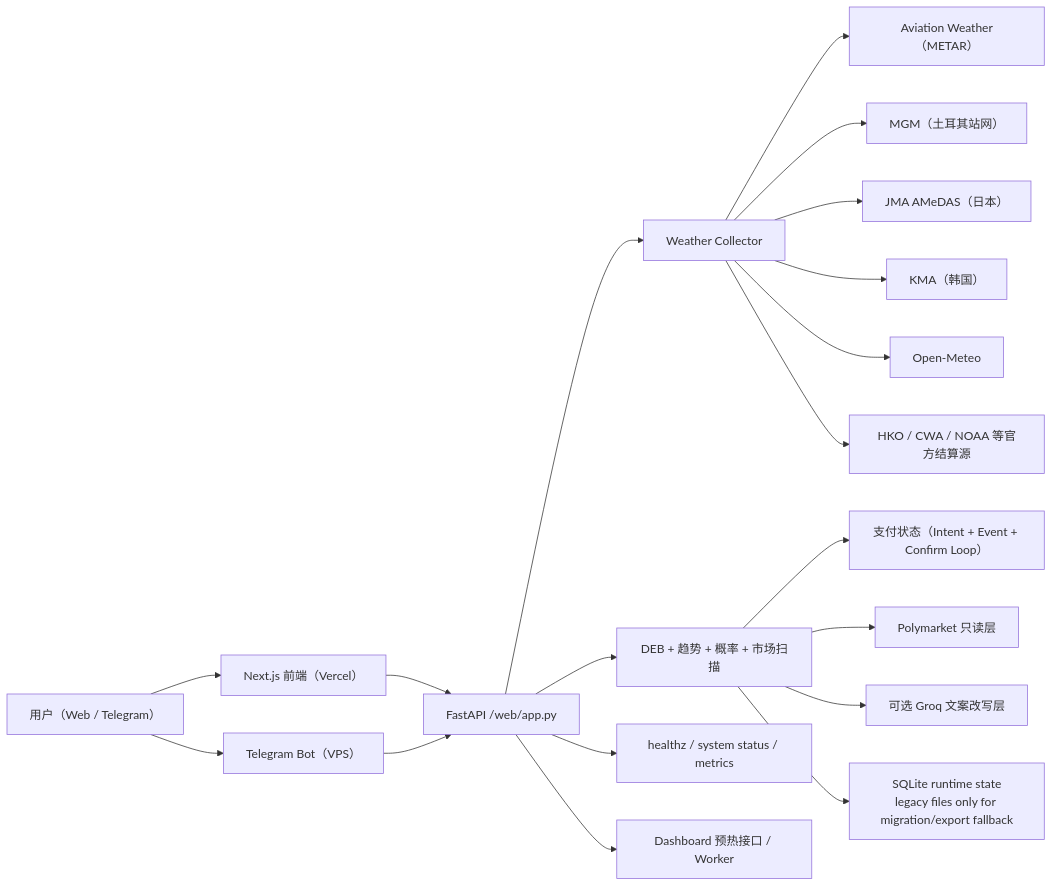
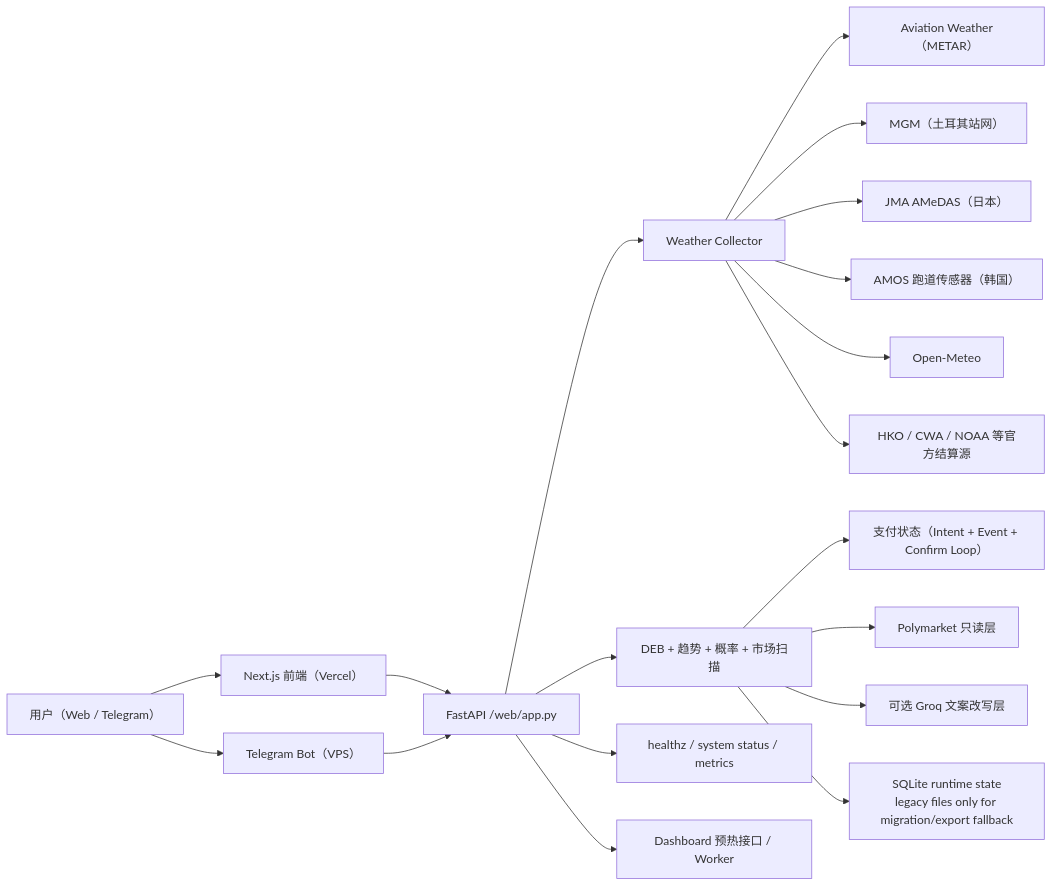
Before and after one commit to abhiram-k-2223/PolyWeather: the diagram in README_ZH.md, drawn with Mermaid. The commit also changed other lines of this file and 1 other file, not shown here.

Commit message:
更新 README：日期至 2026-05-11，城市数 52→51，KMA→AMOS，积分改造，版本 v1.6.0

````diff
--- a/README_ZH.md
+++ b/README_ZH.md
@@ -74,23 +76,23 @@
 ```mermaid
 flowchart LR
     U["用户（Web / Telegram）"] --> FE["Next.js 前端（Vercel）"]
     U --> BOT["Telegram Bot（VPS）"]
     FE --> API["FastAPI /web/app.py"]
     BOT --> API
 
     API --> WX["Weather Collector"]
     WX --> METAR["Aviation Weather（METAR）"]
     WX --> MGM["MGM（土耳其站网）"]
     WX --> JMA["JMA AMeDAS（日本）"]
-    WX --> KMA["KMA（韩国）"]
+    WX --> AMOS["AMOS 跑道传感器（韩国）"]
     WX --> OM["Open-Meteo"]
     WX --> HKO["HKO / CWA / NOAA 等官方结算源"]
 
     API --> ANA["DEB + 趋势 + 概率 + 市场扫描"]
     ANA --> PAY["支付状态（Intent + Event + Confirm Loop）"]
     ANA --> PM["Polymarket 只读层"]
     API --> OBS["healthz / system status / metrics"]
     API --> PREWARM["Dashboard 预热接口 / Worker"]
     ANA --> LLM["可选 Groq 文案改写层"]
     ANA --> STATE["SQLite runtime state<br/>legacy files only for migration/export fallback"]
 ```
````
